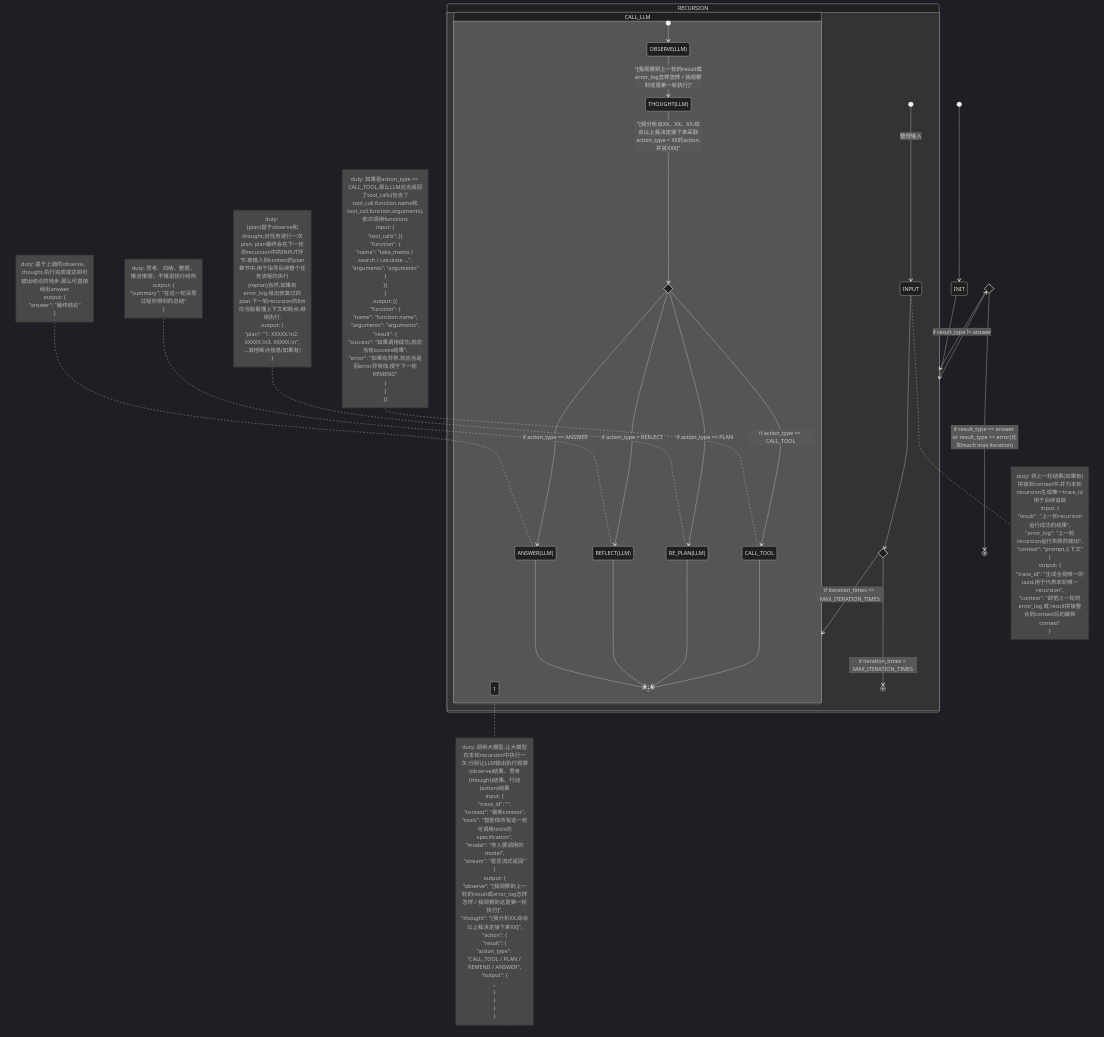
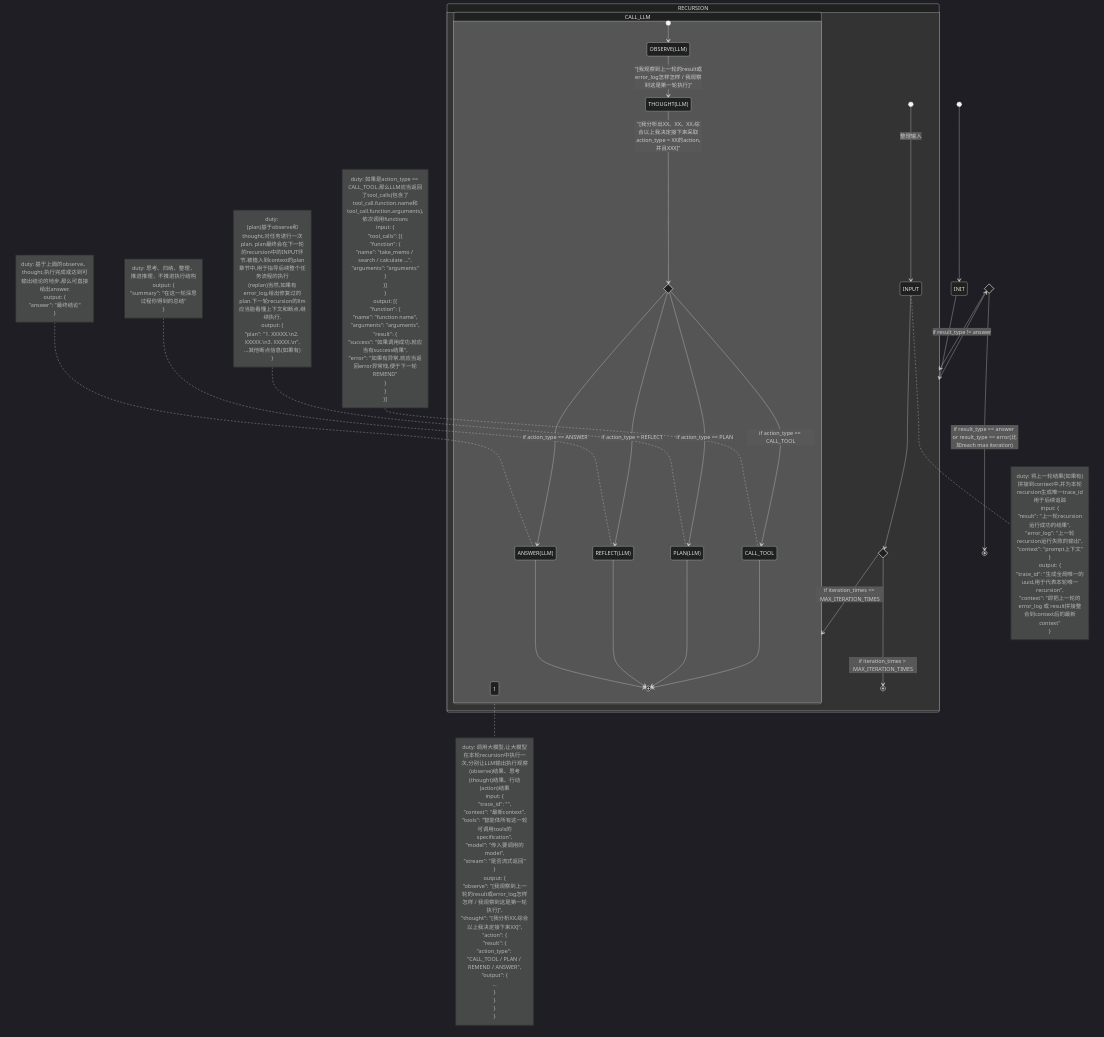
One commit to kimjuny/pivot changed the diagram in server/react-agent.md. Above: the diagram before and after it, drawn with Mermaid. The commit also changed 19 other files, not shown here.

```diff
--- a/server/react-agent.md
+++ b/server/react-agent.md
@@ -94,8 +94,8 @@
       }]
     end note
 
-    ACTION_TYPE --> RE_PLAN(LLM): if action_type == PLAN
-    note left of RE_PLAN(LLM)
+    ACTION_TYPE --> PLAN(LLM): if action_type == PLAN
+    note left of PLAN(LLM)
       duty: 
       (plan)基于observe和thought,对任务进行一次plan. plan最终会在下一轮的recursion中的INPUT环节,被植入到context的plan章节中,用于指导后续整个任务流程的执行
       (replan)当然,如果有error_log,给出修复过的plan.下一轮recursion的llm应当能看懂上下文和断点,继续执行.
@@ -122,7 +122,7 @@
     end note
 
     CALL_TOOL --> [*]
-    RE_PLAN(LLM) --> [*]
+    PLAN(LLM) --> [*]
     REFLECT(LLM) --> [*]
     ANSWER(LLM) --> [*]
   }
```
